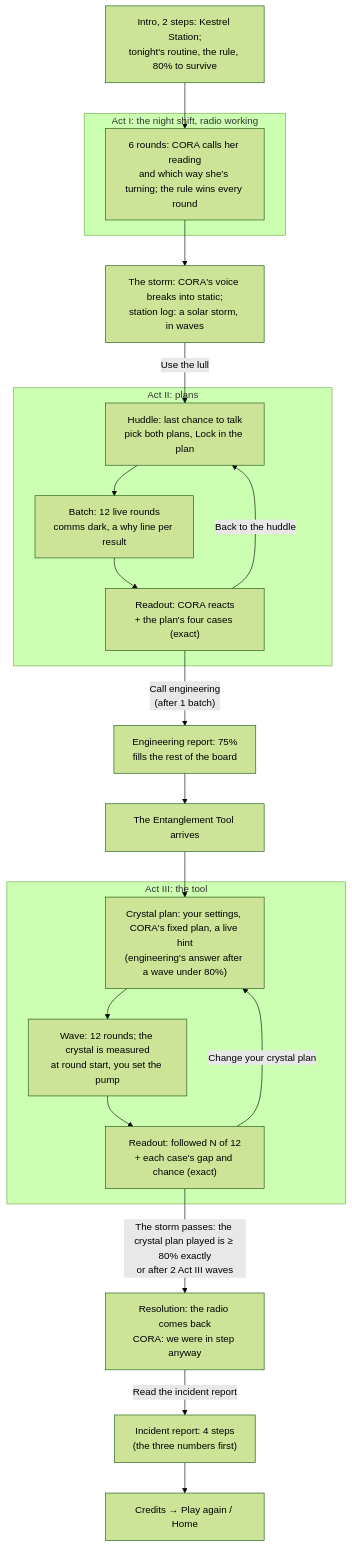
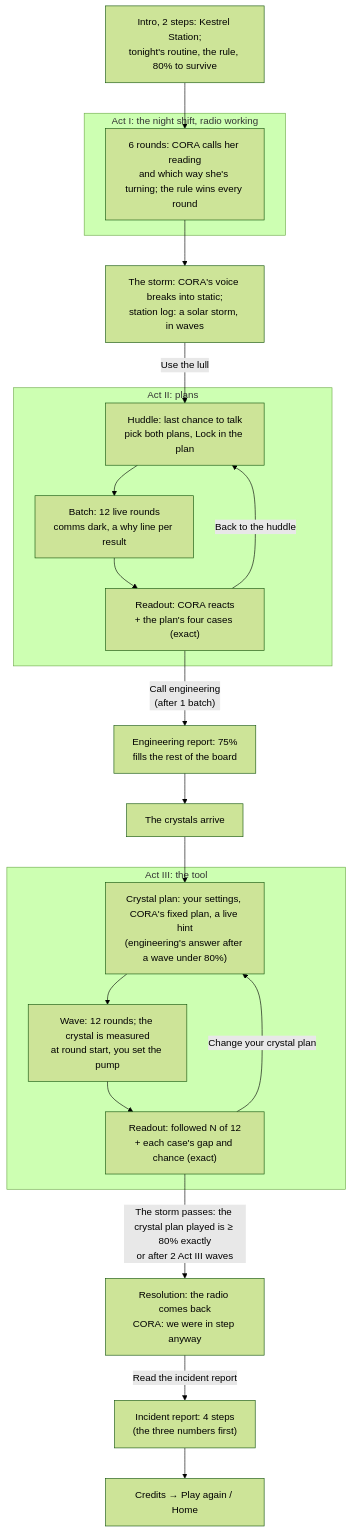
One commit to PlayableStories/quantum-crew changed the diagram in README.md. Above: the diagram before and after it, drawn with Mermaid (forest theme). The commit also changed other lines of this file and 15 other files, not shown here.

````diff
--- a/README.md
+++ b/README.md
@@ -66,25 +66,25 @@
 ```mermaid
 flowchart TD
   intro["Intro, 2 steps: Kestrel Station;<br/>tonight's routine, the rule, 80% to survive"] --> act1
   subgraph actI ["Act I: the night shift, radio working"]
     act1["6 rounds: CORA calls her reading<br/>and which way she's turning; the rule wins every round"]
   end
   act1 --> storm["The storm: CORA's voice breaks into static;<br/>station log: a solar storm, in waves"]
   storm -- "Use the lull" --> plan
   subgraph act2 ["Act II: plans"]
     plan["Huddle: last chance to talk<br/>pick both plans, Lock in the plan"] --> batch2["Batch: 12 live rounds<br/>comms dark, a why line per result"]
     batch2 --> read2["Readout: CORA reacts<br/>+ the plan's four cases (exact)"]
     read2 -- "Back to the huddle" --> plan
   end
   read2 -- "Call engineering<br/>(after 1 batch)" --> ceiling["Engineering report: 75%<br/>fills the rest of the board"]
-  ceiling --> tool["The Entanglement Tool arrives"]
+  ceiling --> tool["The crystals arrive"]
   tool --> tune
   subgraph act3 ["Act III: the tool"]
     tune["Crystal plan: your settings, CORA's fixed plan, a live hint<br/>(engineering's answer after a wave under 80%)"] --> batch3["Wave: 12 rounds; the crystal is measured<br/>at round start, you set the pump"]
     batch3 --> read3["Readout: followed N of 12<br/>+ each case's gap and chance (exact)"]
     read3 -- "Change your crystal plan" --> tune
   end
   read3 -- "The storm passes: the crystal plan played is ≥ 80% exactly<br/>or after 2 Act III waves" --> resolution["Resolution: the radio comes back<br/>CORA: we were in step anyway"]
   resolution -- "Read the incident report" --> debrief["Incident report: 4 steps<br/>(the three numbers first)"]
   debrief --> credits["Credits → Play again / Home"]
 ```
````
